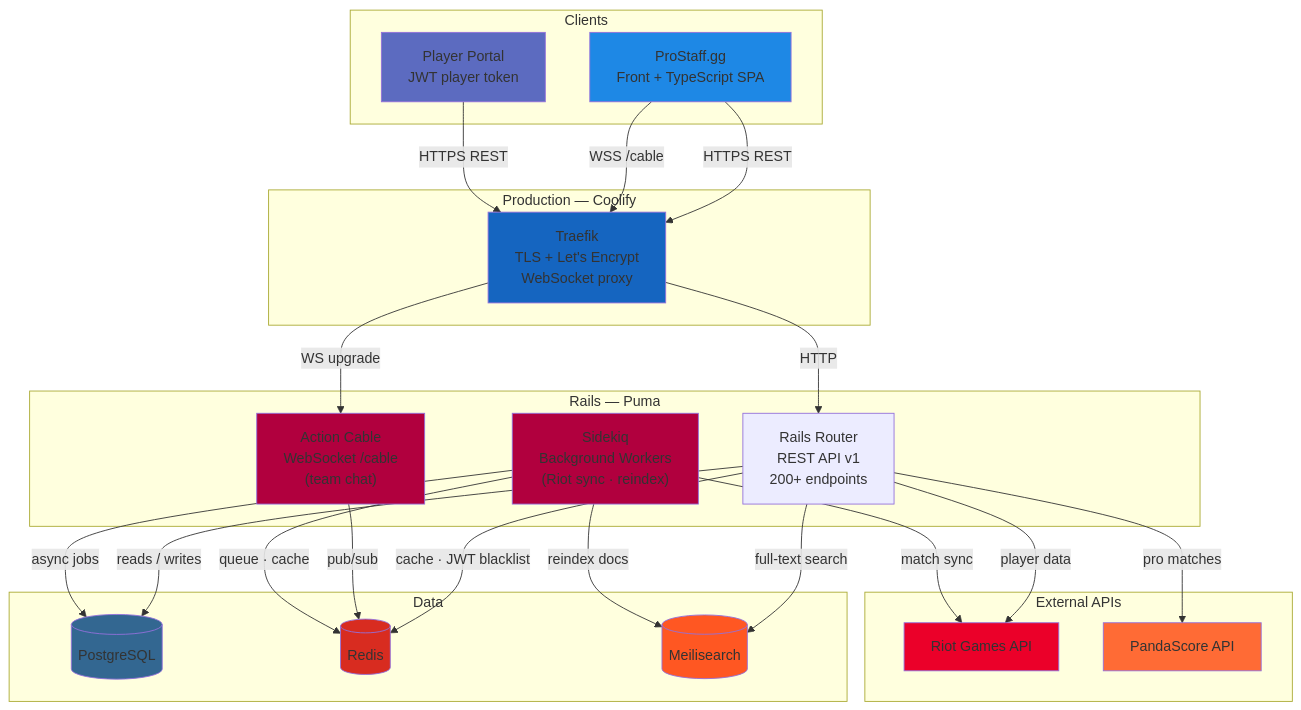
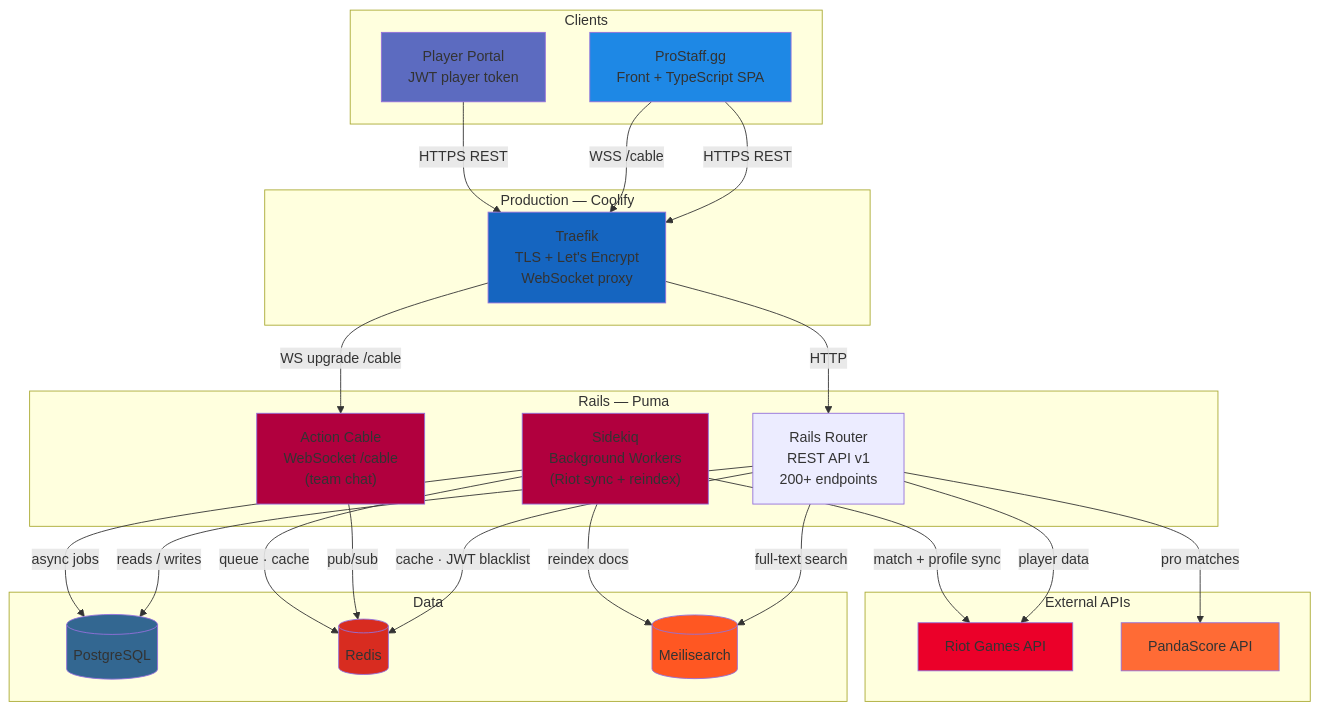
Before and after one commit to Bulletdev/prostaff-api: the second of 2 diagrams in README.md, drawn with Mermaid.

Commit message:
chore:Update Sidekiq descriptions in README.md

````diff
--- a/README.md
+++ b/README.md
@@ -1089,58 +1089,58 @@
 ```mermaid
 graph TB
     subgraph "Clients"
         FrontendApp["ProStaff.gg<br/>Front + TypeScript SPA"]
         PlayerPortal["Player Portal<br/>JWT player token"]
     end
 
     subgraph "Production — Coolify"
         Traefik["Traefik<br/>TLS + Let's Encrypt<br/>WebSocket proxy"]
     end
 
     subgraph "Rails — Puma"
         Cable["Action Cable<br/>WebSocket /cable<br/>(team chat)"]
         Router["Rails Router<br/>REST API v1<br/>200+ endpoints"]
-        Sidekiq["Sidekiq<br/>Background Workers<br/>(Riot sync · reindex)"]
+        Sidekiq["Sidekiq<br/>Background Workers<br/>(Riot sync + reindex)"]
     end
 
     subgraph "Data"
         PG[("PostgreSQL")]
         RD[("Redis")]
         Meili[("Meilisearch")]
     end
 
     subgraph "External APIs"
         RiotAPI["Riot Games API"]
         PandaScore["PandaScore API"]
     end
 
     FrontendApp -- "HTTPS REST" --> Traefik
     FrontendApp -- "WSS /cable" --> Traefik
     PlayerPortal -- "HTTPS REST" --> Traefik
 
     Traefik -- "HTTP" --> Router
-    Traefik -- "WS upgrade" --> Cable
+    Traefik -- "WS upgrade /cable" --> Cable
 
     Router -- "reads / writes" --> PG
     Router -- "cache · JWT blacklist" --> RD
     Router -- "full-text search" --> Meili
     Cable -- "pub/sub" --> RD
     Sidekiq -- "async jobs" --> PG
     Sidekiq -- "queue · cache" --> RD
     Sidekiq -- "reindex docs" --> Meili
 
     Router -- "player data" --> RiotAPI
-    Sidekiq -- "match sync" --> RiotAPI
+    Sidekiq -- "match + profile sync" --> RiotAPI
     Router -- "pro matches" --> PandaScore
 
     style FrontendApp fill:#1e88e5
     style PlayerPortal fill:#5c6bc0
     style Traefik fill:#1565c0
     style Cable fill:#b1003e
     style Sidekiq fill:#b1003e
     style PG fill:#336791
     style RD fill:#d82c20
     style Meili fill:#ff5722
     style RiotAPI fill:#eb0029
     style PandaScore fill:#ff6b35
 ```
````
